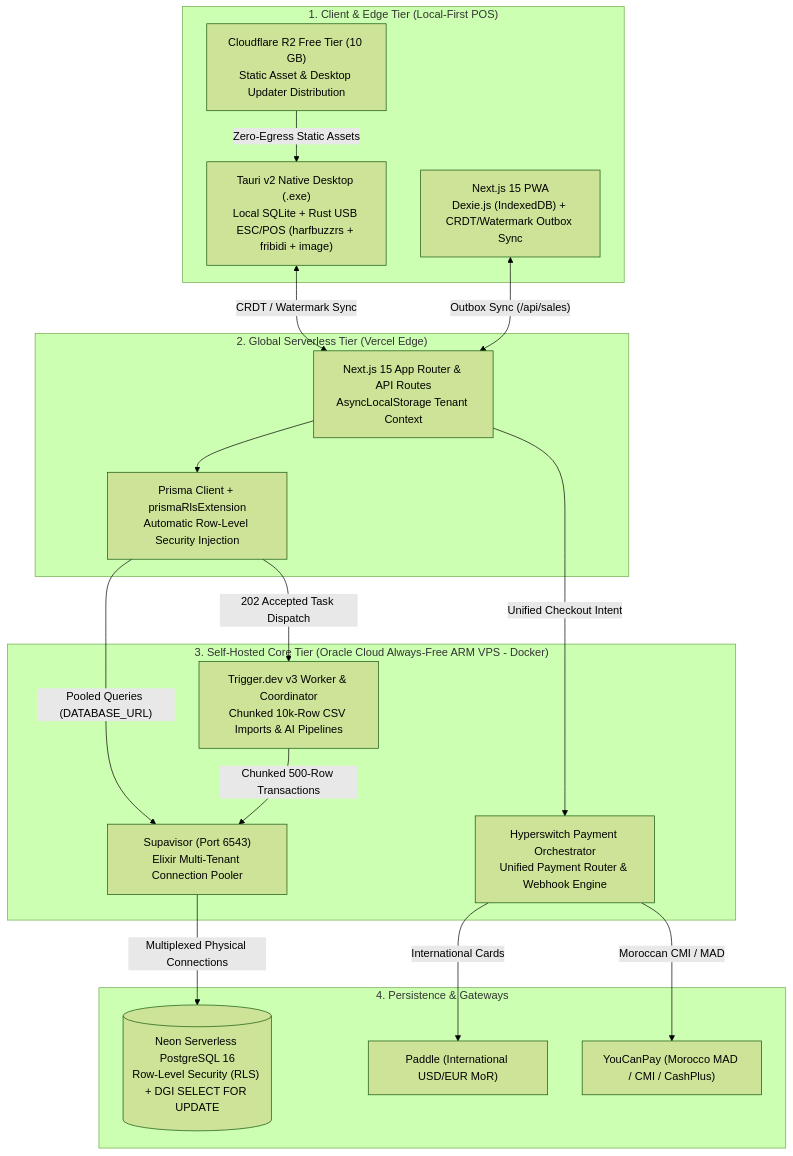
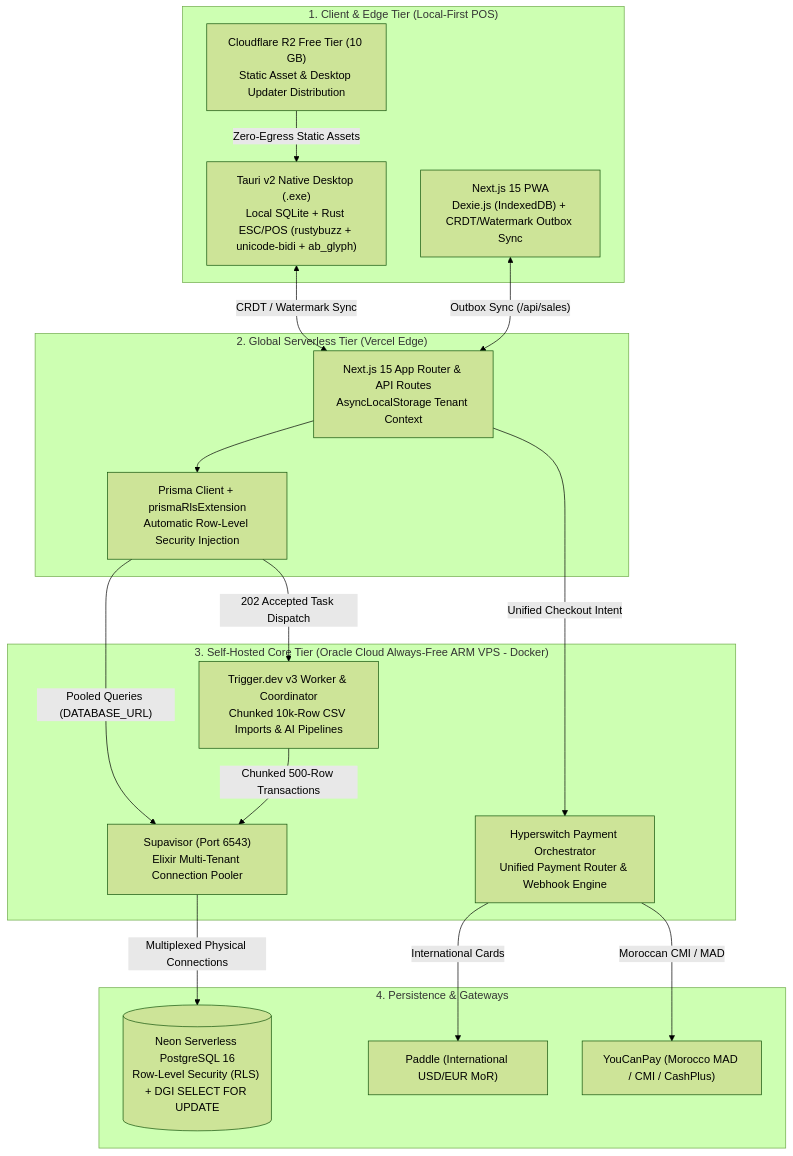
One commit to ismaildormi/kaspi-pos changed the diagram in docs/MASTER_ARCHITECTURE.md. Above: the diagram before and after it, drawn with Mermaid (forest theme). The commit also changed other lines of this file and 23 other files, not shown here.

Commit message:
feat(arch): complete enterprise scale-out architecture (Hyperswitch, Arabic pure-Rust printer, VPS IaC)

````diff
--- a/docs/MASTER_ARCHITECTURE.md
+++ b/docs/MASTER_ARCHITECTURE.md
@@ -7,37 +7,37 @@
 ```mermaid
 flowchart TD
     subgraph ClientTier["1. Client & Edge Tier (Local-First POS)"]
-        Tauri["Tauri v2 Native Desktop (.exe)\nLocal SQLite + Rust USB ESC/POS (harfbuzzrs + fribidi + image)"]
+        Tauri["Tauri v2 Native Desktop (.exe)\nLocal SQLite + Rust ESC/POS (rustybuzz + unicode-bidi + ab_glyph)"]
         PWA["Next.js 15 PWA\nDexie.js (IndexedDB) + CRDT/Watermark Outbox Sync"]
         R2["Cloudflare R2 Free Tier (10 GB)\nStatic Asset & Desktop Updater Distribution"]
     end
 
     subgraph EdgeTier["2. Global Serverless Tier (Vercel Edge)"]
         NextApp["Next.js 15 App Router & API Routes\nAsyncLocalStorage Tenant Context"]
         PrismaExt["Prisma Client + prismaRlsExtension\nAutomatic Row-Level Security Injection"]
     end
 
     subgraph VPSTier["3. Self-Hosted Core Tier (Oracle Cloud Always-Free ARM VPS - Docker)"]
         Supavisor["Supavisor (Port 6543)\nElixir Multi-Tenant Connection Pooler"]
         TriggerDev["Trigger.dev v3 Worker & Coordinator\nChunked 10k-Row CSV Imports & AI Pipelines"]
         Hyperswitch["Hyperswitch Payment Orchestrator\nUnified Payment Router & Webhook Engine"]
     end
 
     subgraph DataTier["4. Persistence & Gateways"]
         NeonDB[("Neon Serverless PostgreSQL 16\nRow-Level Security (RLS) + DGI SELECT FOR UPDATE")]
         Paddle["Paddle (International USD/EUR MoR)"]
         YouCanPay["YouCanPay (Morocco MAD / CMI / CashPlus)"]
     end
 
     Tauri <-->|"CRDT / Watermark Sync"| NextApp
     PWA <-->|"Outbox Sync (/api/sales)"| NextApp
     R2 -->|"Zero-Egress Static Assets"| Tauri
     NextApp --> PrismaExt
     PrismaExt -->|"Pooled Queries (DATABASE_URL)"| Supavisor
     PrismaExt -->|"202 Accepted Task Dispatch"| TriggerDev
     NextApp -->|"Unified Checkout Intent"| Hyperswitch
     TriggerDev -->|"Chunked 500-Row Transactions"| Supavisor
     Supavisor -->|"Multiplexed Physical Connections"| NeonDB
     Hyperswitch -->|"International Cards"| Paddle
     Hyperswitch -->|"Moroccan CMI / MAD"| YouCanPay
 ```
````
